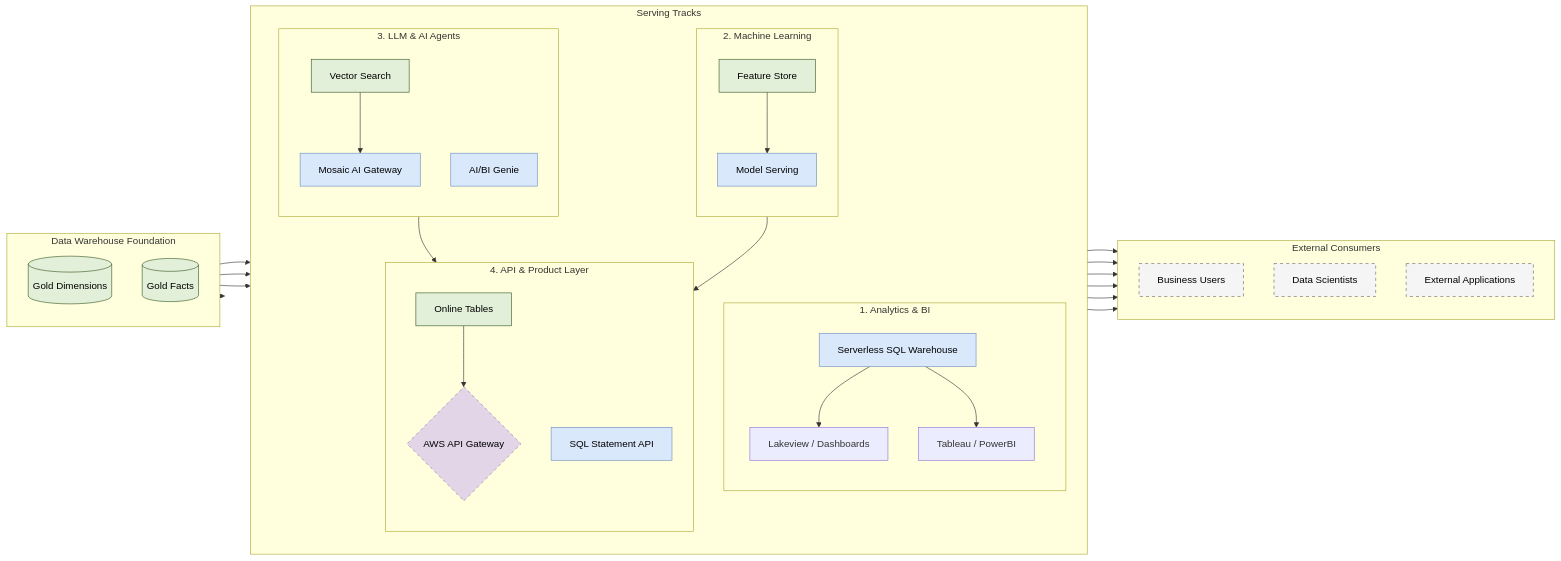
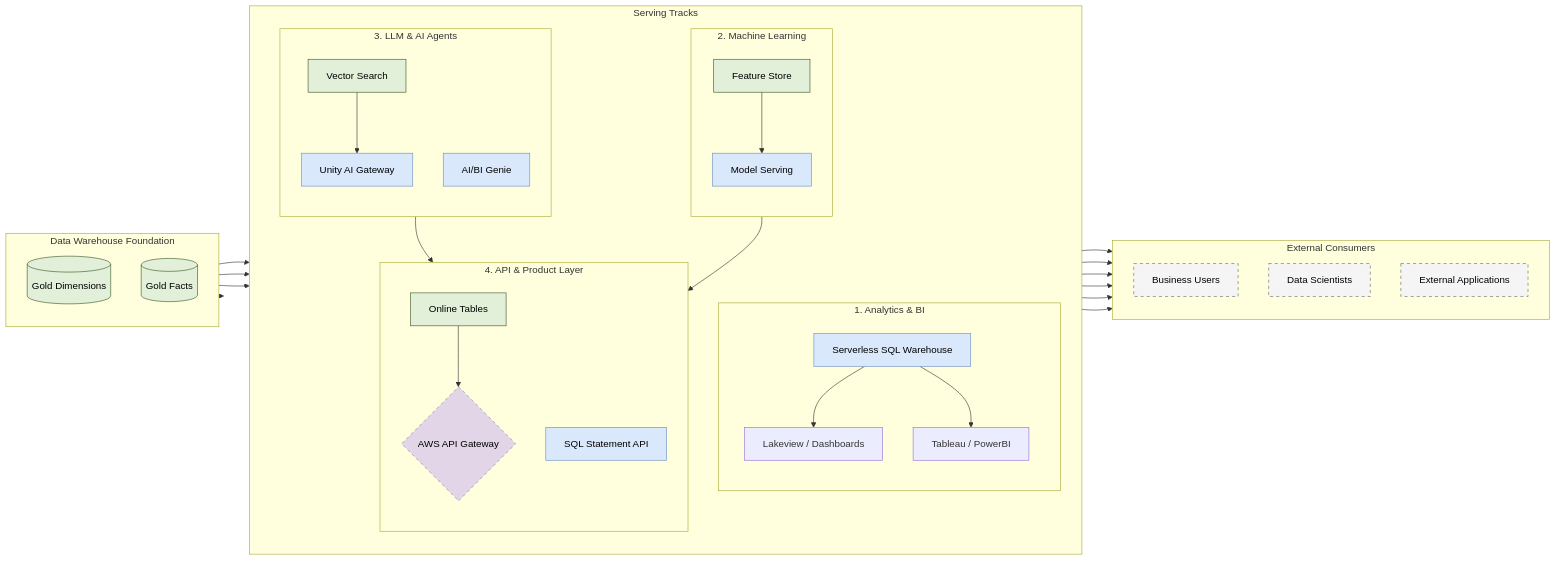
Before and after one commit to toanbui626391/data_architect: the diagram in databricks/serving_architecture.md, drawn with Mermaid. The commit also changed other lines of this file, not shown here.

````diff
--- a/databricks/serving_architecture.md
+++ b/databricks/serving_architecture.md
@@ -22,76 +22,76 @@
 ```mermaid
 flowchart LR
     subgraph Foundation [Data Warehouse Foundation]
         direction TB
         GoldDim[(Gold Dimensions)]
         GoldFact[(Gold Facts)]
     end
 
     subgraph Tracks [Serving Tracks]
         direction TB
 
         subgraph Analytics [1. Analytics & BI]
             direction TB
             SQLWH[Serverless SQL Warehouse]
             Lakeview[Lakeview / Dashboards]
             ExtBI[Tableau / PowerBI]
             SQLWH --> Lakeview & ExtBI
         end
 
         subgraph ML [2. Machine Learning]
             direction TB
             FeatureStore[Feature Store]
             ModelServing[Model Serving]
             FeatureStore --> ModelServing
         end
 
         subgraph AI [3. LLM & AI Agents]
             direction TB
             VectorSearch[Vector Search]
-            MosaicAI[Mosaic AI Gateway]
+            UnityAIGW[Unity AI Gateway]
             Genie[AI/BI Genie]
-            VectorSearch --> MosaicAI
+            VectorSearch --> UnityAIGW
         end
 
         subgraph APILayer [4. API & Product Layer]
             direction TB
             OnlineTables[Online Tables]
             SQLAPI[SQL Statement API]
             AWSAPIGW{AWS API Gateway}
             OnlineTables --> AWSAPIGW
         end
     end
 
     subgraph Consumers [External Consumers]
         direction TB
         BizUsers[Business Users]
         DataSci[Data Scientists]
         ExtApps[External Applications]
     end
 
     %% Main Data Flows
     Foundation --> Analytics
     Foundation --> ML
     Foundation --> AI
     Foundation --> APILayer
 
     %% Specific Integration Flows
     ModelServing --> AWSAPIGW
-    MosaicAI --> AWSAPIGW
+    UnityAIGW --> AWSAPIGW
 
     %% Consumer Access
     Lakeview & ExtBI & Genie --> BizUsers
     AWSAPIGW & SQLAPI --> ExtApps
     ModelServing --> DataSci
 
     %% Class Definitions
     classDef storage fill:#e2f0d9,stroke:#385723,stroke-width:1px,color:#000;
     classDef process fill:#dae8fc,stroke:#6c8ebf,stroke-width:1px,color:#000;
     classDef monitor fill:#f5f5f5,stroke:#666,stroke-width:1px,color:#000,stroke-dasharray: 5 5;
     classDef security fill:#e1d5e7,stroke:#9673a6,stroke-width:1px,color:#000,stroke-dasharray: 5 5;
 
     class GoldDim,GoldFact,FeatureStore,VectorSearch,OnlineTables storage;
-    class SQLWH,ModelServing,MosaicAI,Genie,SQLAPI process;
+    class SQLWH,ModelServing,UnityAIGW,Genie,SQLAPI process;
     class AWSAPIGW security;
     class BizUsers,DataSci,ExtApps monitor;
 ```
````
